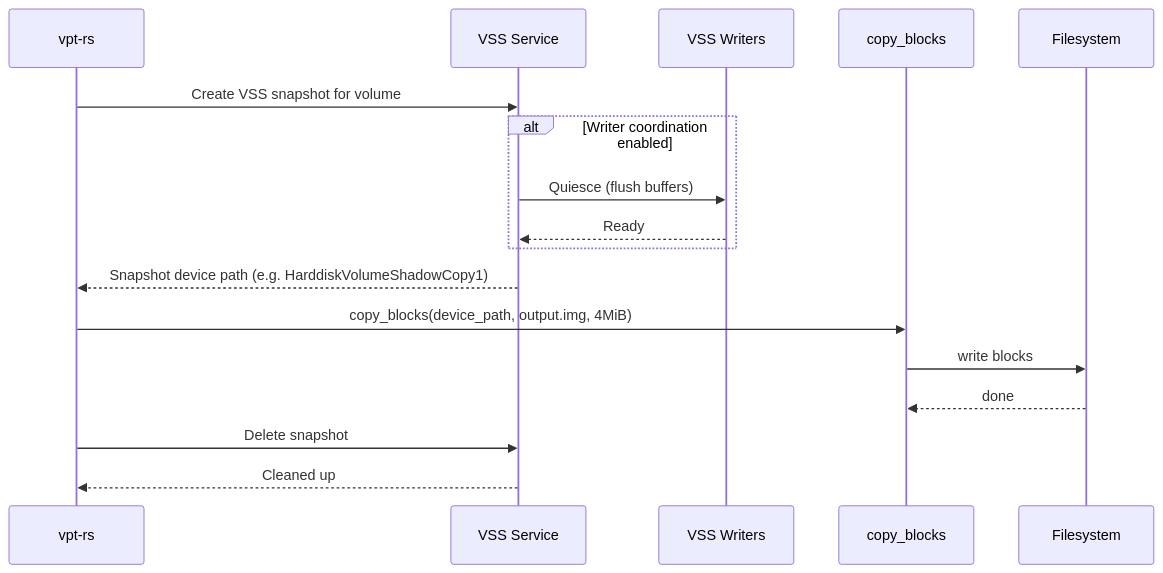
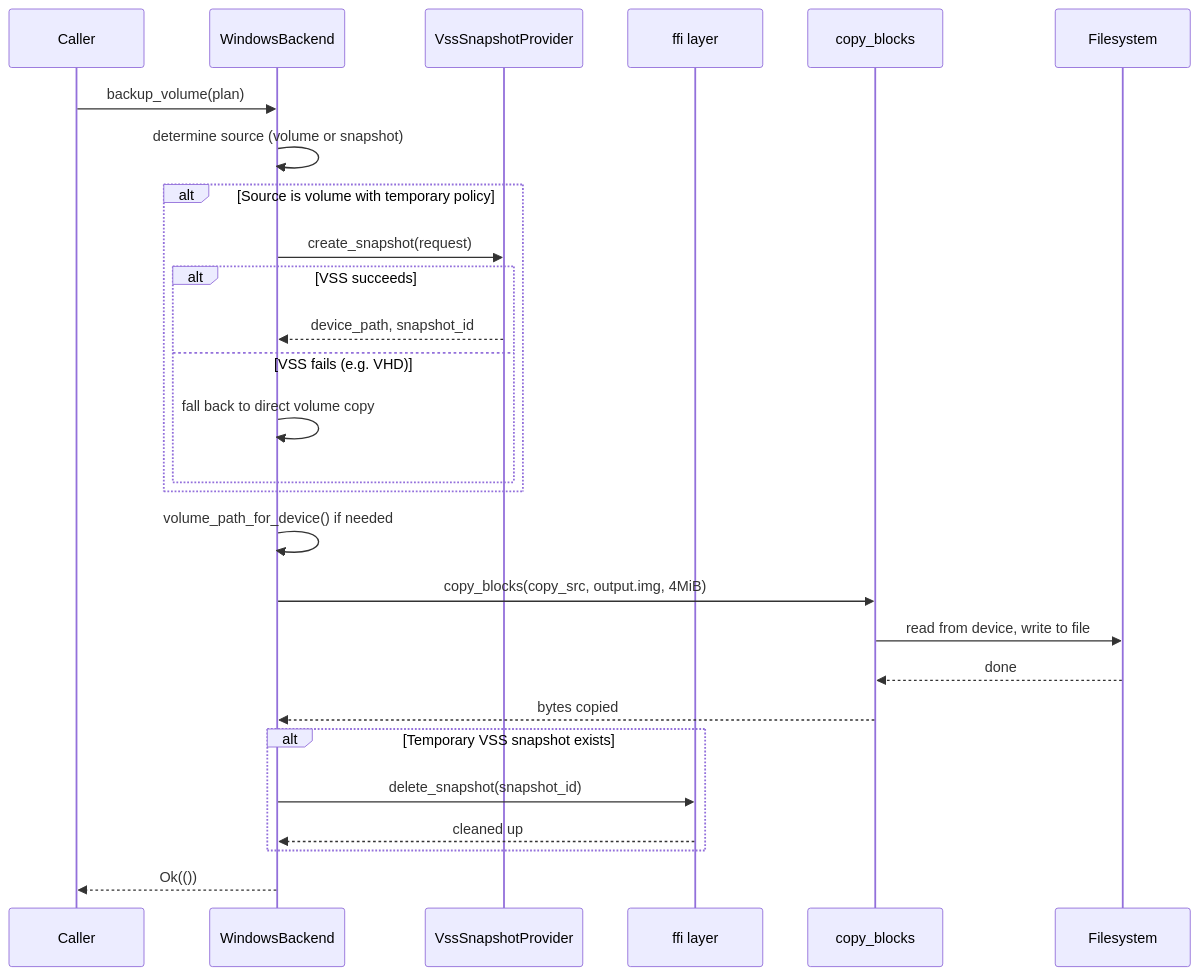
The third of 5 diagrams in wiki/docs/providers/vss.md (XUranus/vpt-rs), drawn with Mermaid before and after one commit. The commit also changed other lines of this file and 52 other files, not shown here.

First line of the commit message:
Enhance wiki: mermaid rendering, detailed content, i18n (zh-Hans)

````diff
--- a/wiki/docs/providers/vss.md
+++ b/wiki/docs/providers/vss.md
@@ -179,24 +574,34 @@
 ```mermaid
 sequenceDiagram
-    participant App as vpt-rs
-    participant VSS as VSS Service
-    participant Writers as VSS Writers
+    participant Caller
+    participant Backend as WindowsBackend
+    participant VSS as VssSnapshotProvider
+    participant FFI as ffi layer
     participant Copy as copy_blocks
     participant FS as Filesystem
 
-    App->>VSS: Create VSS snapshot for volume
+    Caller->>Backend: backup_volume(plan)
+    Backend->>Backend: determine source (volume or snapshot)
 
-    alt Writer coordination enabled
-        VSS->>Writers: Quiesce (flush buffers)
-        Writers-->>VSS: Ready
+    alt Source is volume with temporary policy
+        Backend->>VSS: create_snapshot(request)
+        alt VSS succeeds
+            VSS-->>Backend: device_path, snapshot_id
+        else VSS fails (e.g. VHD)
+            Backend->>Backend: fall back to direct volume copy
+        end
     end
 
-    VSS-->>App: Snapshot device path (e.g. HarddiskVolumeShadowCopy1)
+    Backend->>Backend: volume_path_for_device() if needed
+    Backend->>Copy: copy_blocks(copy_src, output.img, 4MiB)
+    Copy->>FS: read from device, write to file
+    FS-->>Copy: done
+    Copy-->>Backend: bytes copied
 
-    App->>Copy: copy_blocks(device_path, output.img, 4MiB)
-    Copy->>FS: write blocks
-    FS-->>Copy: done
+    alt Temporary VSS snapshot exists
+        Backend->>FFI: delete_snapshot(snapshot_id)
+        FFI-->>Backend: cleaned up
+    end
 
-    App->>VSS: Delete snapshot
-    VSS-->>App: Cleaned up
+    Backend-->>Caller: Ok(())
 ```
````
